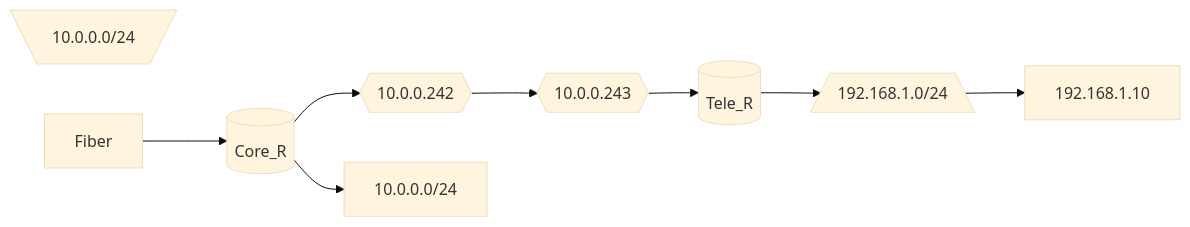
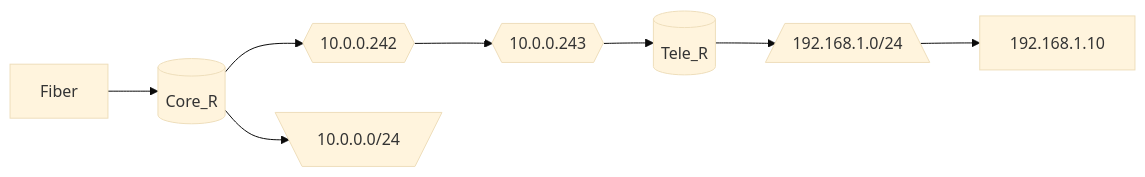
The second of 2 diagrams in Topology.md (notkasim/DOCS), drawn with Mermaid (base theme) before and after one commit.

````diff
--- a/Topology.md
+++ b/Topology.md
@@ -19,22 +19,22 @@
 ```mermaid
 graph LR;
     core[(Core_R)]
     tele2[(Tele_R)]
     core_link{{10.0.0.242}}
     tele2_link{{10.0.0.243}}
     core_net[\10.0.0.0/24/]
     tele2_net[/192.168.1.0/24\]
 
-    core-->10.0.0.0/24
-    Fiber-->core
-    core-->core_link
-    core_link-->tele2_link
-    tele2_link-->tele2
-    tele2-->tele2_net-->192.168.1.10
+    Fiber-->core;
+    core-->core_net;
+    core-->core_link;
+    core_link-->tele2_link;
+    tele2_link-->tele2;
+    tele2-->tele2_net-->192.168.1.10;
 
 
 
 
 
 
 ```
````
